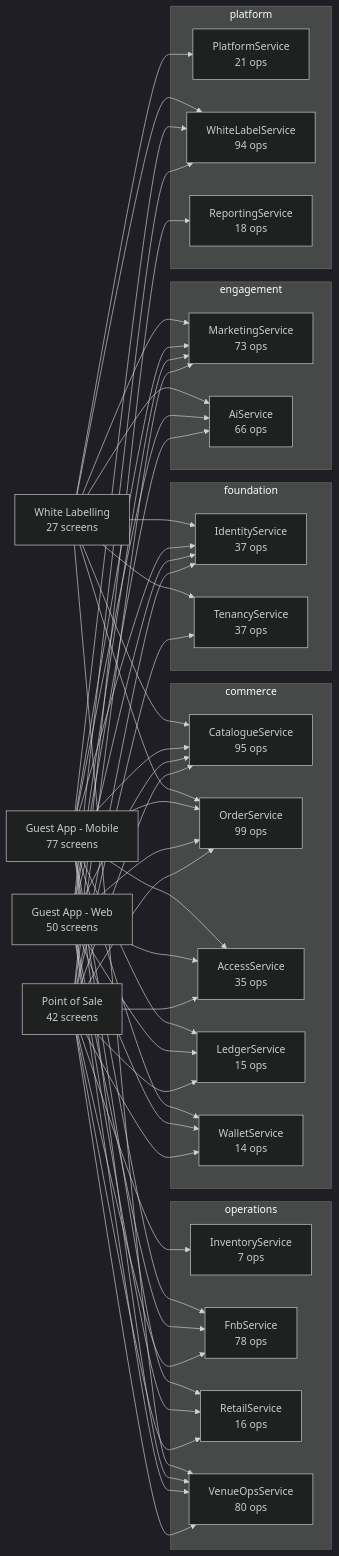
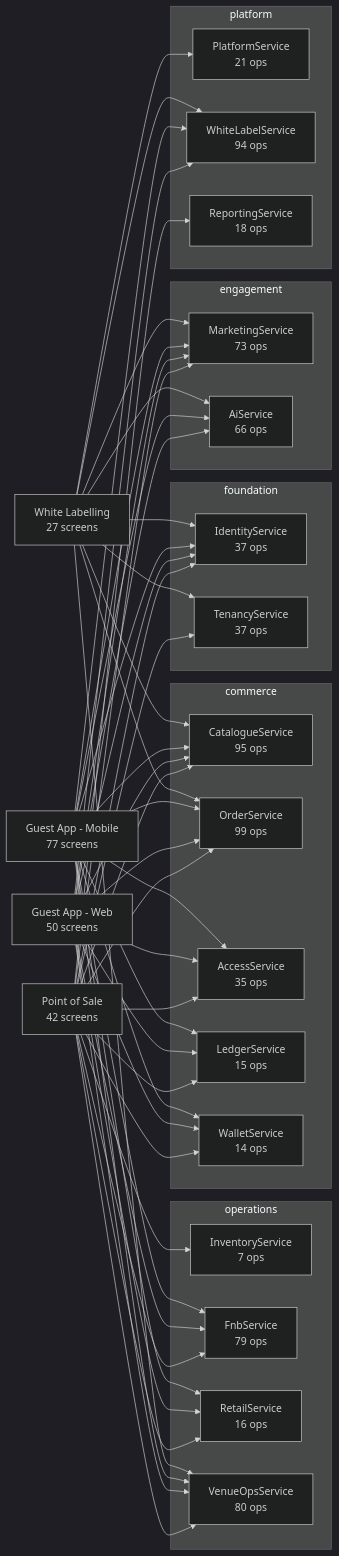
The diagram in ticvai/handoff/service-docs/README.md (Diretide298/Solution_Architecture), drawn with Mermaid (dark theme) before and after one commit. The commit also changed other lines of this file and 27 other files, not shown here.

````diff
--- a/ticvai/handoff/service-docs/README.md
+++ b/ticvai/handoff/service-docs/README.md
@@ -9,79 +9,79 @@
 ```mermaid
 flowchart LR
   POS["Point of Sale<br/>42 screens"]
   WEB["Guest App - Web<br/>50 screens"]
   MOB["Guest App - Mobile<br/>77 screens"]
   WL["White Labelling<br/>27 screens"]
   subgraph foundation
     IdentityService["IdentityService<br/>37 ops"]
     TenancyService["TenancyService<br/>37 ops"]
   end
   subgraph commerce
     CatalogueService["CatalogueService<br/>95 ops"]
     OrderService["OrderService<br/>99 ops"]
     AccessService["AccessService<br/>35 ops"]
     LedgerService["LedgerService<br/>15 ops"]
     WalletService["WalletService<br/>14 ops"]
   end
   subgraph operations
     InventoryService["InventoryService<br/>7 ops"]
-    FnbService["FnbService<br/>78 ops"]
+    FnbService["FnbService<br/>79 ops"]
     RetailService["RetailService<br/>16 ops"]
     VenueOpsService["VenueOpsService<br/>80 ops"]
   end
   subgraph engagement
     MarketingService["MarketingService<br/>73 ops"]
     AiService["AiService<br/>66 ops"]
   end
   subgraph platform
     PlatformService["PlatformService<br/>21 ops"]
     WhiteLabelService["WhiteLabelService<br/>94 ops"]
     ReportingService["ReportingService<br/>18 ops"]
   end
   POS --> OrderService
   WEB --> OrderService
   MOB --> OrderService
   WL --> OrderService
   POS --> FnbService
   WEB --> FnbService
   MOB --> FnbService
   POS --> AccessService
   WEB --> AccessService
   MOB --> AccessService
   WL --> PlatformService
   POS --> MarketingService
   WEB --> MarketingService
   MOB --> MarketingService
   WL --> MarketingService
   POS --> CatalogueService
   WEB --> CatalogueService
   MOB --> CatalogueService
   WL --> CatalogueService
   POS --> VenueOpsService
   WEB --> VenueOpsService
   MOB --> VenueOpsService
   WL --> VenueOpsService
   POS --> TenancyService
   WL --> TenancyService
   POS --> ReportingService
   WEB --> WhiteLabelService
   MOB --> WhiteLabelService
   WL --> WhiteLabelService
   POS --> InventoryService
   POS --> IdentityService
   WEB --> IdentityService
   MOB --> IdentityService
   WL --> IdentityService
   POS --> RetailService
   WEB --> RetailService
   MOB --> RetailService
   WEB --> AiService
   MOB --> AiService
   WL --> AiService
   POS --> WalletService
   WEB --> WalletService
   MOB --> WalletService
   POS --> LedgerService
   WEB --> LedgerService
   MOB --> LedgerService
 ```
````
